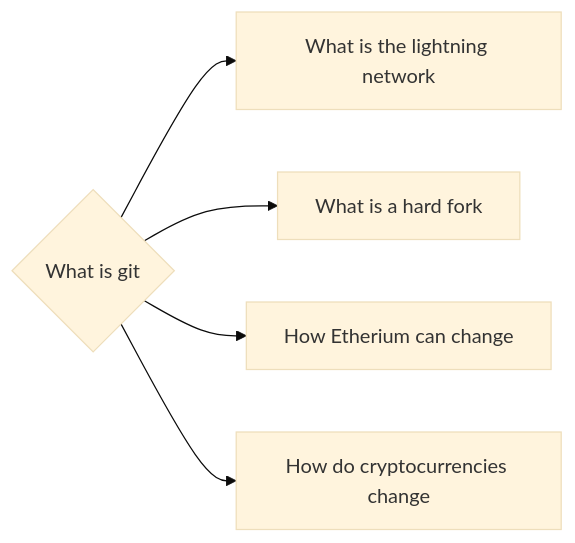
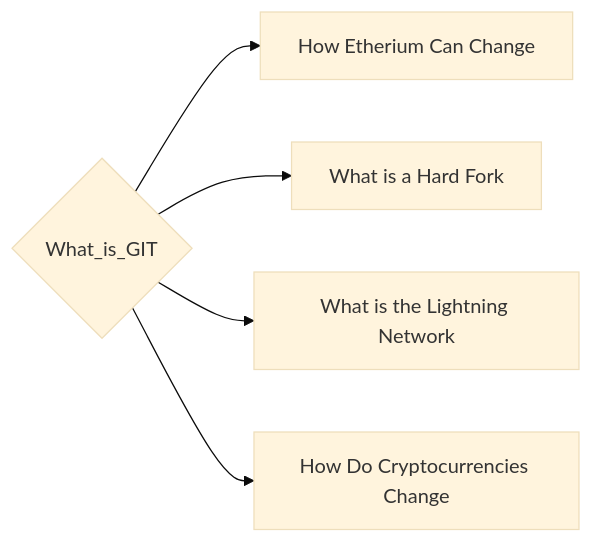
The diagram in notes/What_is_GIT.md (lpurdy01/crypto-knowledge-map), drawn with Mermaid (base theme) before and after one commit. The commit also changed 161 other files, not shown here.

````diff
--- a/notes/What_is_GIT.md
+++ b/notes/What_is_GIT.md
@@ -6,7 +6,7 @@
 ```mermaid
 graph LR
-0{"What is git"}-->1["What is the lightning network"]
-0{"What is git"}-->2["What is a hard fork"]
-0{"What is git"}-->3["How Etherium can change"]
-0{"What is git"}-->4["How do cryptocurrencies change"]
+0{"What_is_GIT"}-->1["How Etherium Can Change"]
+0{"What_is_GIT"}-->2["What is a Hard Fork"]
+0{"What_is_GIT"}-->3["What is the Lightning Network"]
+0{"What_is_GIT"}-->4["How Do Cryptocurrencies Change"]
 ```
````
